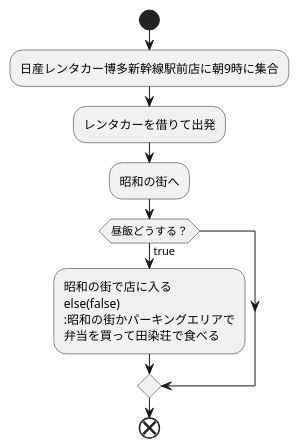
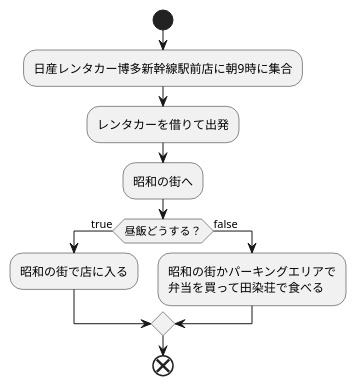
The diagram in trip.md (Aso2001369/2021sys-design), drawn with PlantUML before and after one commit.

````diff
--- a/trip.md
+++ b/trip.md
@@ -1,17 +1,17 @@
 ```uml
 @startuml
 start
 
 :日産レンタカー博多新幹線駅前店に朝9時に集合;
 :レンタカーを借りて出発;
 :昭和の街へ;
 if(昼飯どうする？)then(true)
-:昭和の街で店に入る
+:昭和の街で店に入る;
 else(false)
 :昭和の街かパーキングエリアで
 弁当を買って田染荘で食べる;
 endif
 
 end
 @enduml
 ```
````
